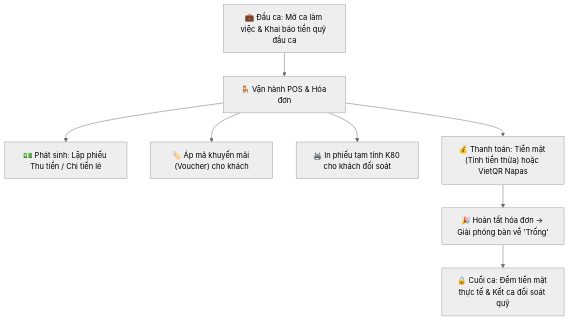
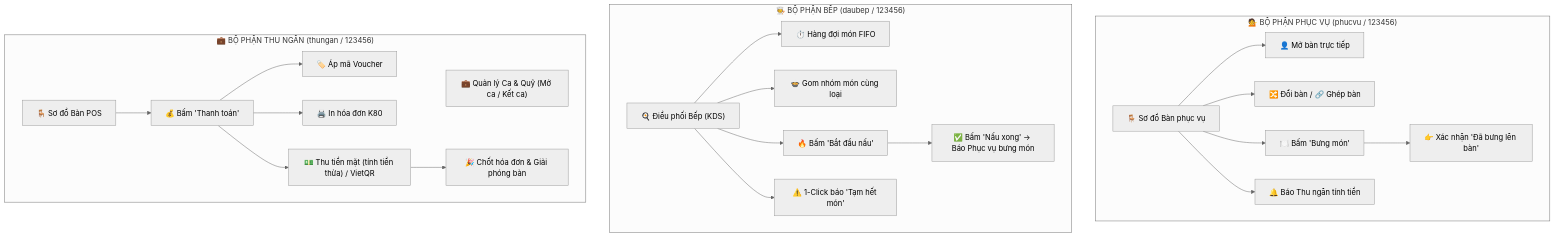
Before and after one commit to QUAN-LY-NHA-HANG-CMC/QUAN-LY-NHA-HANG-V4: the diagram in taiLieu/baoCaoPhanQuyenVaLuongChucNang.md, drawn with Mermaid (neutral theme). The commit also changed other lines of this file, not shown here.

Commit message:
docs: cap nhat bao cao chuyen biet hoa thao tac giua Phuc vu, Bep va Thu ngan

````diff
--- a/taiLieu/baoCaoPhanQuyenVaLuongChucNang.md
+++ b/taiLieu/baoCaoPhanQuyenVaLuongChucNang.md
@@ -195,10 +15,27 @@
 ```mermaid
-graph TD
-    A["💼 Đầu ca: Mở ca làm việc & Khai báo tiền quỹ đầu ca"] --> B["🪑 Vận hành POS & Hóa đơn"]
-    B --> C1["💵 Phát sinh: Lập phiếu Thu tiền / Chi tiền lẻ"]
-    B --> C2["🏷️ Áp mã khuyến mãi (Voucher) cho khách"]
-    B --> C3["🖨️ In phiếu tạm tính K80 cho khách đối soát"]
-    B --> C4["💰 Thanh toán: Tiền mặt (Tính tiền thừa) hoặc VietQR Napas"]
-    C4 --> D["🎉 Hoàn tất hóa đơn -> Giải phóng bàn về 'Trống'"]
-    D --> E["🔒 Cuối ca: Đếm tiền mặt thực tế & Kết ca đối soát quỹ"]
+flowchart TD
+    subgraph WaiterWork["💁 BỘ PHẬN PHỤC VỤ (phucvu / 123456)"]
+        PV1["🪑 Sơ đồ Bàn phục vụ"] --> PV2["👤 Mở bàn trực tiếp"]
+        PV1 --> PV3["🔀 Đổi bàn / 🔗 Ghép bàn"]
+        PV1 --> PV4["🍽️ Bấm 'Bưng món'"]
+        PV4 --> PV5["👉 Xác nhận 'Đã bưng lên bàn'"]
+        PV1 --> PV6["🔔 Báo Thu ngân tính tiền"]
+    end
+
+    subgraph KitchenWork["🧑‍🍳 BỘ PHẬN BẾP (daubep / 123456)"]
+        B1["🍳 Điều phối Bếp (KDS)"] --> B2["⏱️ Hàng đợi món FIFO"]
+        B1 --> B3["🍲 Gom nhóm món cùng loại"]
+        B1 --> B4["🔥 Bấm 'Bắt đầu nấu'"]
+        B4 --> B5["✅ Bấm 'Nấu xong' -> Báo Phục vụ bưng món"]
+        B1 --> B6["⚠️ 1-Click báo 'Tạm hết món'"]
+    end
+
+    subgraph CashierWork["💼 BỘ PHẬN THU NGÂN (thungan / 123456)"]
+        TN1["💼 Quản lý Ca & Quỹ (Mở ca / Kết ca)"]
+        TN2["🪑 Sơ đồ Bàn POS"] --> TN3["💰 Bấm 'Thanh toán'"]
+        TN3 --> TN4["🏷️ Áp mã Voucher"]
+        TN3 --> TN5["🖨️ In hóa đơn K80"]
+        TN3 --> TN6["💵 Thu tiền mặt (tính tiền thừa) / VietQR"]
+        TN6 --> TN7["🎉 Chốt hóa đơn & Giải phóng bàn"]
+    end
 ```
````
